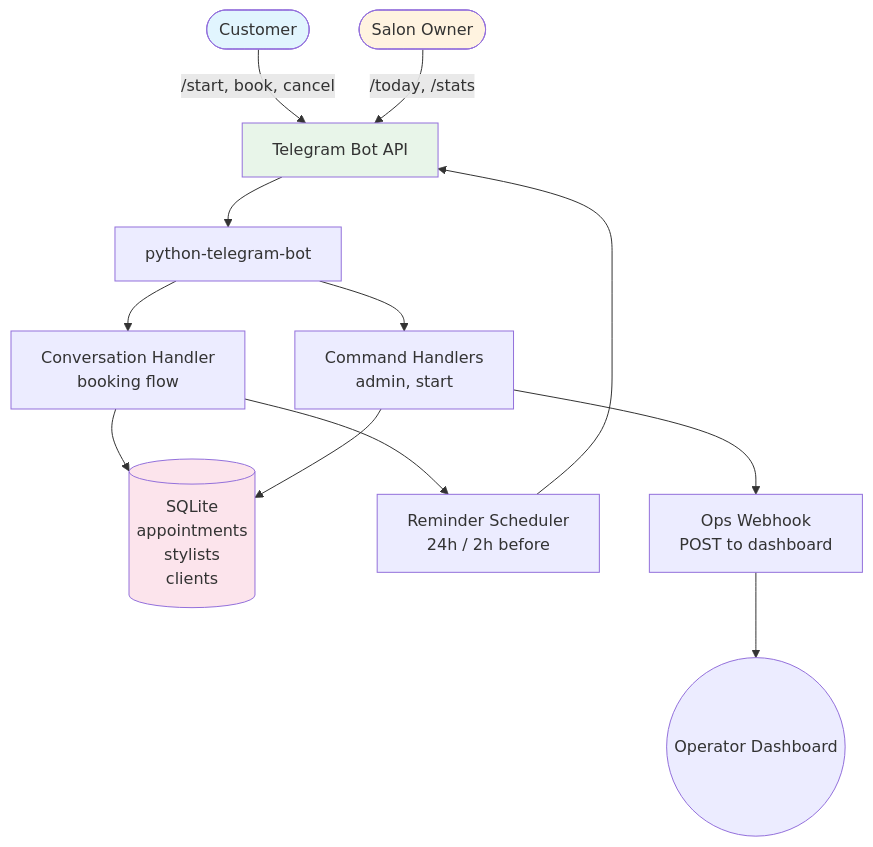
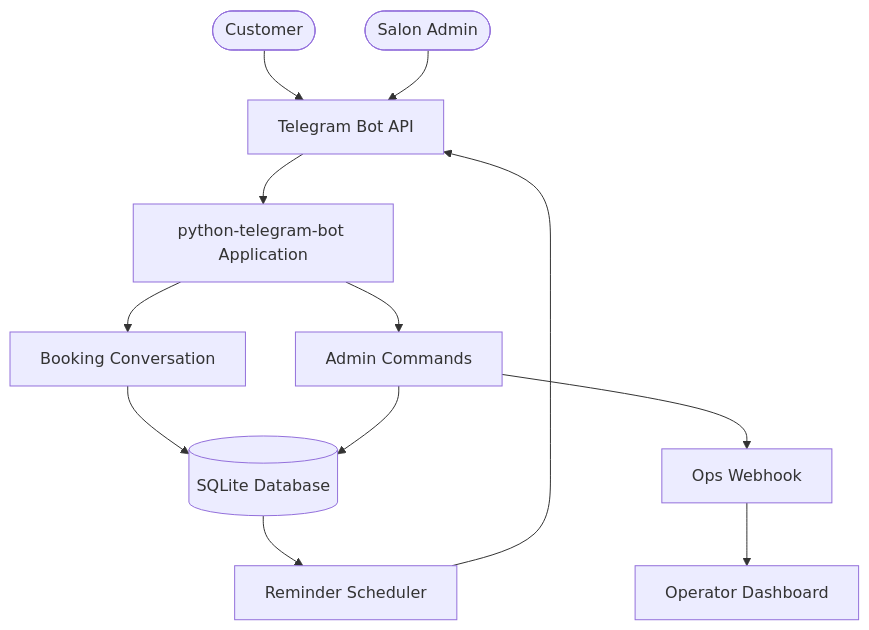
One commit to brusnyak/telegram-salon-bot changed the diagram in README.md. Above: the diagram before and after it, drawn with Mermaid. The commit also changed other lines of this file, not shown here.

````diff
--- a/README.md
+++ b/README.md
@@ -7,23 +37,18 @@
 ```mermaid
 graph TB
-    User([Customer]) -- "/start, book, cancel" --> TG[Telegram Bot API]
-    Admin([Salon Owner]) -- "/today, /stats" --> TG
+    Customer([Customer]) --> Telegram[Telegram Bot API]
+    Admin([Salon Admin]) --> Telegram
 
-    TG --> Handler[python-telegram-bot]
-    Handler --> Conv[Conversation Handler<br/>booking flow]
-    Handler --> Cmd[Command Handlers<br/>admin, start]
+    Telegram --> App[python-telegram-bot Application]
+    App --> Booking[Booking Conversation]
+    App --> Commands[Admin Commands]
 
-    Conv --> DB[(SQLite<br/>appointments<br/>stylists<br/>clients)]
-    Cmd --> DB
+    Booking --> Database[(SQLite Database)]
+    Commands --> Database
 
-    Conv --> Rem[Reminder Scheduler<br/>24h / 2h before]
-    Rem --> TG
+    Database --> Scheduler[Reminder Scheduler]
+    Scheduler --> Telegram
 
-    Cmd --> Webhook[Ops Webhook<br/>POST to dashboard]
-    Webhook --> Ops((Operator Dashboard))
-
-    style User fill:#e1f5fe
-    style Admin fill:#fff3e0
-    style TG fill:#e8f5e9
-    style DB fill:#fce4ec
+    Commands --> Webhook[Ops Webhook]
+    Webhook --> Dashboard[Operator Dashboard]
 ```
````
